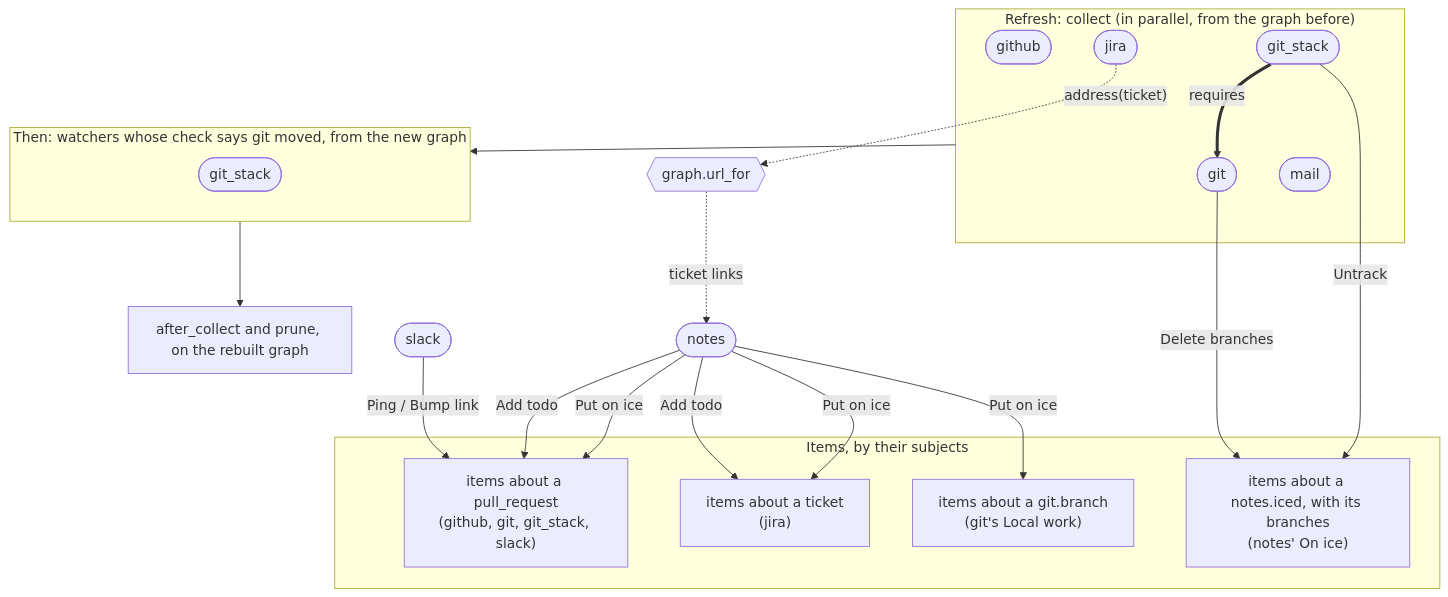
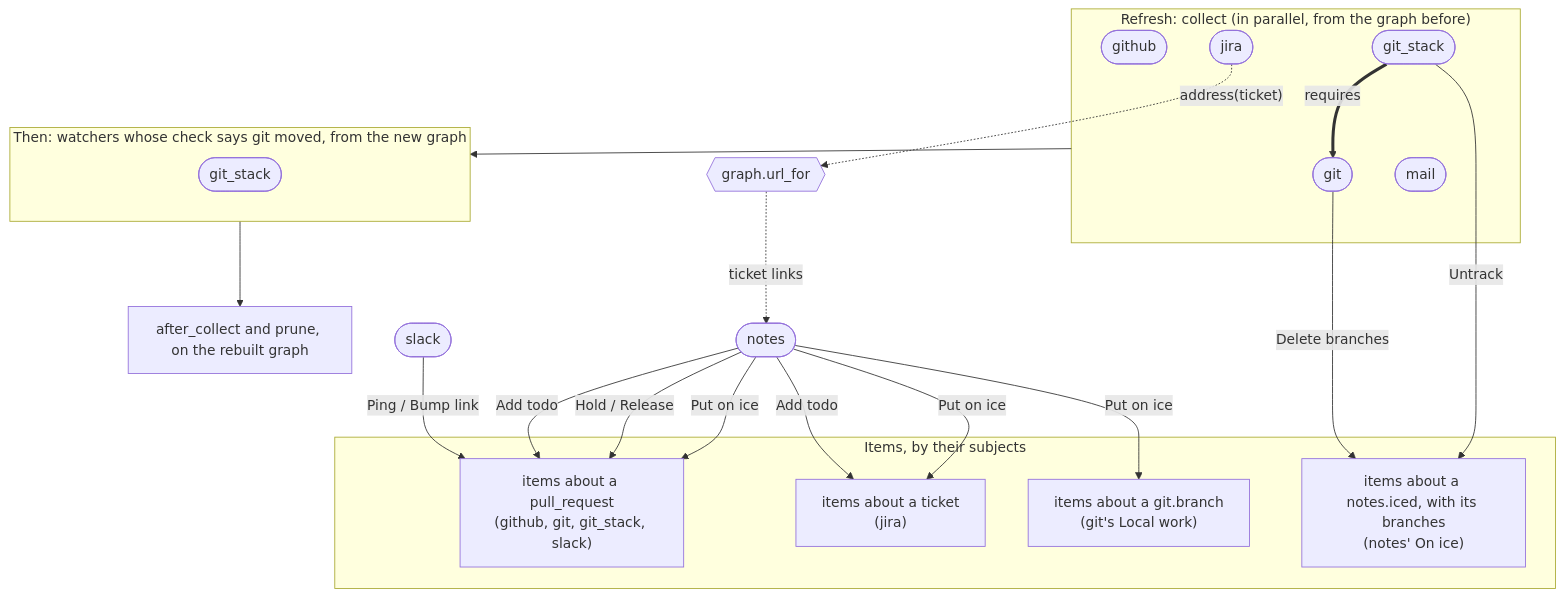
Before and after one commit to benekastah/move-forward: the second of 2 diagrams in docs/plugins.md, drawn with Mermaid. The commit also changed other lines of this file and 33 other files, not shown here.

````diff
--- a/docs/plugins.md
+++ b/docs/plugins.md
@@ -88,35 +89,36 @@
 ```mermaid
 flowchart TB
     subgraph Collect["Refresh: collect (in parallel, from the graph before)"]
         github([github])
         git([git])
         jira([jira])
         mail([mail])
         git_stack([git_stack])
     end
     subgraph Settle["Then: watchers whose check says git moved, from the new graph"]
         git_stack2([git_stack])
     end
     Collect --> Settle
     Settle --> after["after_collect and prune, on the rebuilt graph"]
 
     git_stack == "requires" ==> git
 
     subgraph Items["Items, by their subjects"]
         prItems["items about a pull_request<br/>(github, git, git_stack, slack)"]
         ticketItems["items about a ticket<br/>(jira)"]
         branchItems["items about a git.branch<br/>(git's Local work)"]
         icedItems["items about a notes.iced, with its branches<br/>(notes' On ice)"]
     end
     slack([slack]) -- "Ping / Bump link" --> prItems
     notes([notes]) -- "Add todo" --> prItems
     notes -- "Add todo" --> ticketItems
+    notes -- "Hold / Release" --> prItems
     notes -- "Put on ice" --> branchItems
     notes -- "Put on ice" --> prItems
     notes -- "Put on ice" --> ticketItems
     git -- "Delete branches" --> icedItems
     git_stack -- "Untrack" --> icedItems
 
     jira -. "address(ticket)" .-> urls{{graph.url_for}}
     urls -. "ticket links" .-> notes
 ```
````
